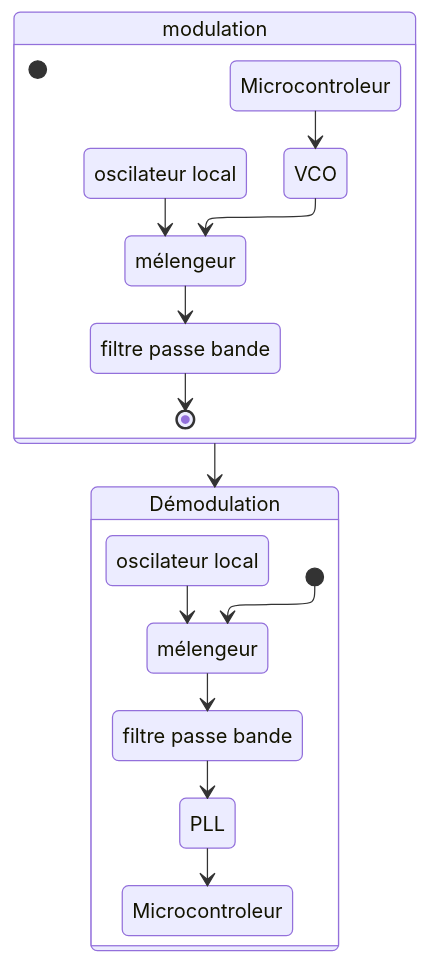
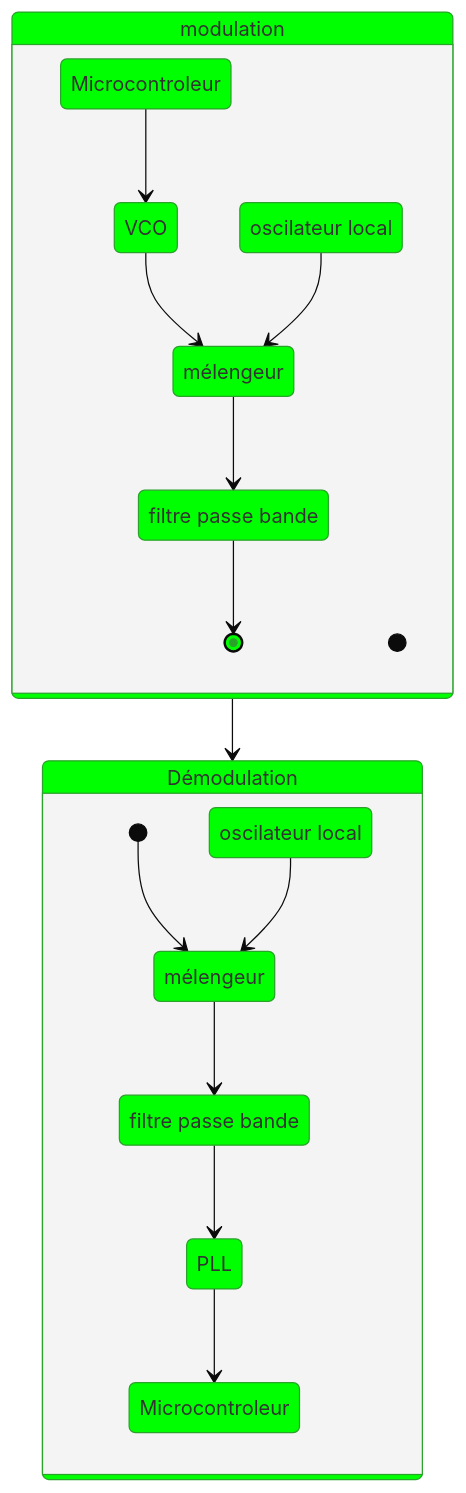
Before and after one commit to mg-mods/iut-lyon1-but-geii-sae-6: the diagram in HF/ReadMe.md, drawn with Mermaid.

Commit message:
mermaid 3.0

````diff
--- a/HF/ReadMe.md
+++ b/HF/ReadMe.md
@@ -5,45 +5,48 @@
 ```mermaid
 ---
 config:
-  layout: elk
+  theme: base
+  themeVariables:
+    primaryColor: "#00ff00"
 ---
+
 stateDiagram
   direction TB
   state modulation {
     direction TB
     Mi1 --> V1
     V1 --> Me1
     Ol1 --> Me1
     Me1 --> PB1
     PB1 --> [*]
     Mi1
     V1
     Me1
     Ol1
     PB1
 [*]  }
   state Démodulation {
     direction TB
     [*] --> Me2
     Ol2 --> Me2
     Me2 --> PB2
     PB2 --> PLL
     PLL --> Mi2
     Me2
     Ol2
     PB2
     PLL
     Mi2
 [*]  }
   modulation --> Démodulation
   Mi1:Microcontroleur
   V1:VCO
   Me1:mélengeur
   Ol1:oscilateur local
   PB1:filtre passe bande
   Me2:mélengeur
   Ol2:oscilateur local
   PB2:filtre passe bande
   Mi2:Microcontroleur
 
   ```
````
